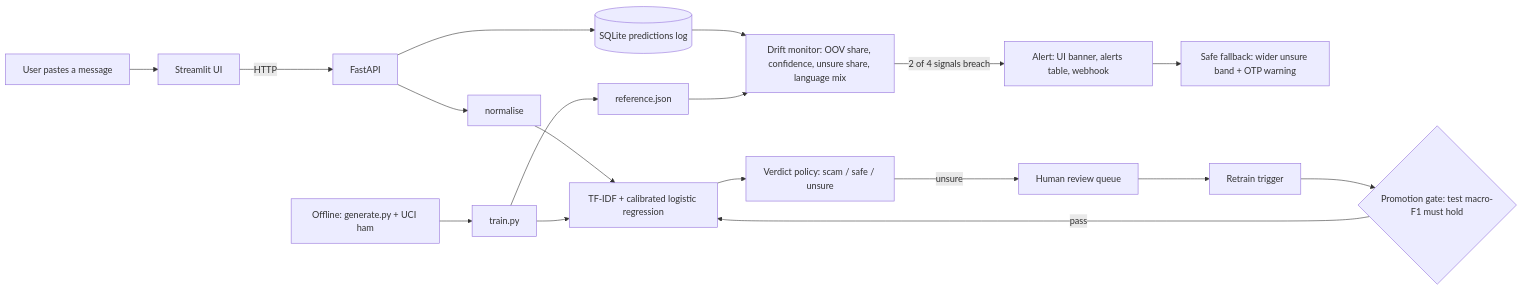
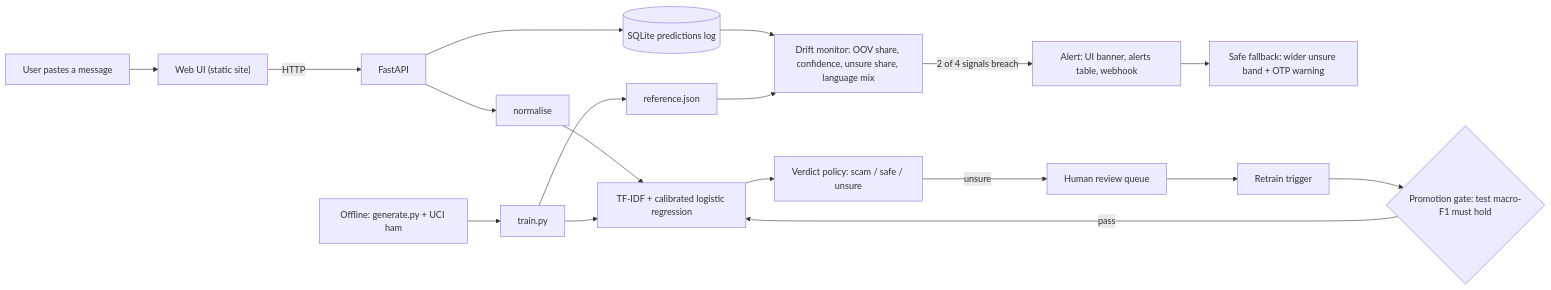
The diagram in README.md (DeepCover-spec/Vortex-OTP-classifier), drawn with Mermaid before and after one commit. The commit also changed other lines of this file, not shown here.

````diff
--- a/README.md
+++ b/README.md
@@ -29,16 +38,16 @@
 ```mermaid
 flowchart LR
-  U["User pastes a message"] --> UI["Streamlit UI"]
+  U["User pastes a message"] --> UI["Web UI (static site)"]
   UI -->|HTTP| API["FastAPI"]
   API --> N["normalise"] --> M["TF-IDF + calibrated logistic regression"] --> P["Verdict policy: scam / safe / unsure"]
   API --> L[("SQLite predictions log")]
   L --> D["Drift monitor: OOV share, confidence, unsure share, language mix"]
   D -->|"2 of 4 signals breach"| A["Alert: UI banner, alerts table, webhook"]
   A --> F["Safe fallback: wider unsure band + OTP warning"]
   P -->|unsure| R["Human review queue"]
   R --> T["Retrain trigger"]
   T --> G{"Promotion gate: test macro-F1 must hold"}
   G -->|pass| M
   O["Offline: generate.py + UCI ham"] --> TR["train.py"] --> M
   TR --> REF["reference.json"] --> D
 ```
````
